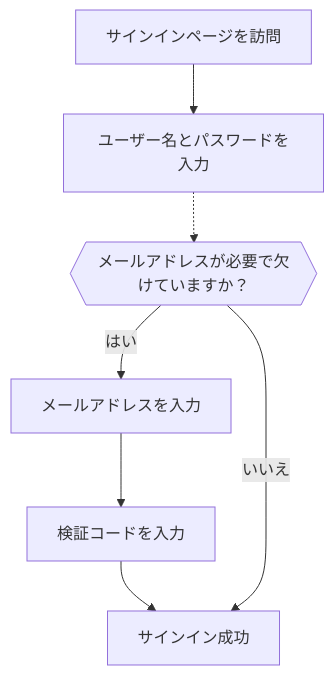
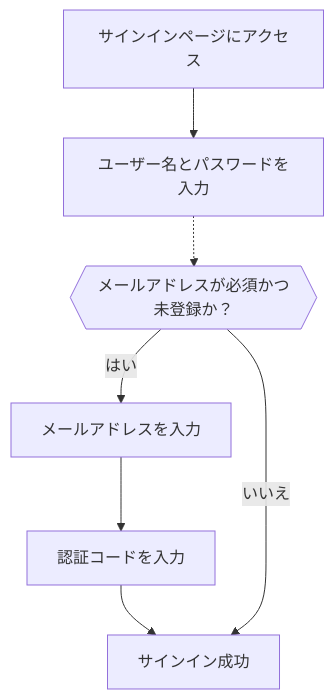
The diagram in i18n/ja/docusaurus-plugin-content-docs/current/end-user-flows/sign-up-and-sign-in/sign-in.mdx (logto-io/docs), drawn with Mermaid before and after one commit. The commit also changed other lines of this file and 200 other files, not shown here.

````diff
--- a/i18n/ja/docusaurus-plugin-content-docs/current/end-user-flows/sign-up-and-sign-in/sign-in.mdx
+++ b/i18n/ja/docusaurus-plugin-content-docs/current/end-user-flows/sign-up-and-sign-in/sign-in.mdx
@@ -90,9 +91,9 @@
 ```mermaid
 flowchart TD
-    A[サインインページを訪問] --> B[ユーザー名とパスワードを入力]
-    B -.-> C{{メールアドレスが必要で欠けていますか？}}
+    A[サインインページにアクセス] --> B[ユーザー名とパスワードを入力]
+    B -.-> C{{メールアドレスが必須かつ未登録か？}}
     C -->|はい| D[メールアドレスを入力]
-    D --> E[検証コードを入力]
+    D --> E[認証コードを入力]
     E --> F[サインイン成功]
     C --> |いいえ| F
 ```
````
